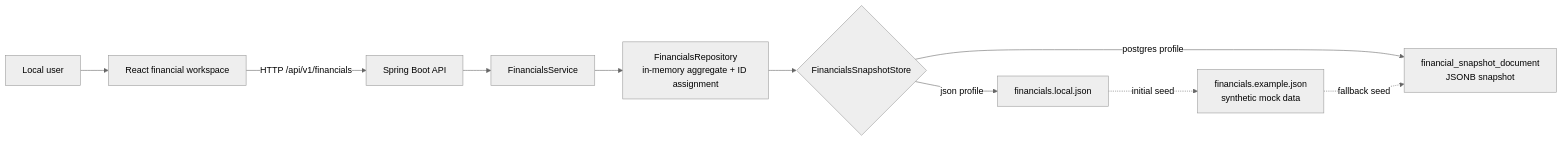
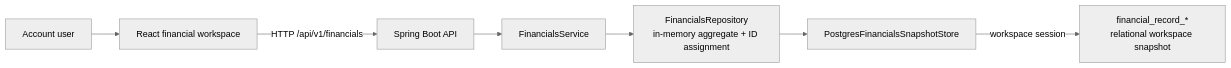
Before and after one commit to everdein/pay-period-planner: the first of 4 diagrams in docs/architecture-map.md, drawn with Mermaid (neutral theme). The commit also changed other lines of this file and 132 other files, not shown here.

````diff
--- a/docs/architecture-map.md
+++ b/docs/architecture-map.md
@@ -18,12 +16,9 @@
 ```mermaid
 flowchart LR
-    User["Local user"] --> UI["React financial workspace"]
+    User["Account user"] --> UI["React financial workspace"]
     UI -->|"HTTP /api/v1/financials"| API["Spring Boot API"]
     API --> Service["FinancialsService"]
     Service --> Repository["FinancialsRepository<br/>in-memory aggregate + ID assignment"]
-    Repository --> Store{"FinancialsSnapshotStore"}
-    Store -->|"json profile"| JSON["financials.local.json"]
-    Store -->|"postgres profile"| PG["financial_snapshot_document<br/>JSONB snapshot"]
-    JSON -. "initial seed" .-> Example["financials.example.json<br/>synthetic mock data"]
-    Example -. "fallback seed" .-> PG
+    Repository --> Store["PostgresFinancialsSnapshotStore"]
+    Store -->|"workspace session"| PG["financial_record_*<br/>relational workspace snapshot"]
 ```
````
